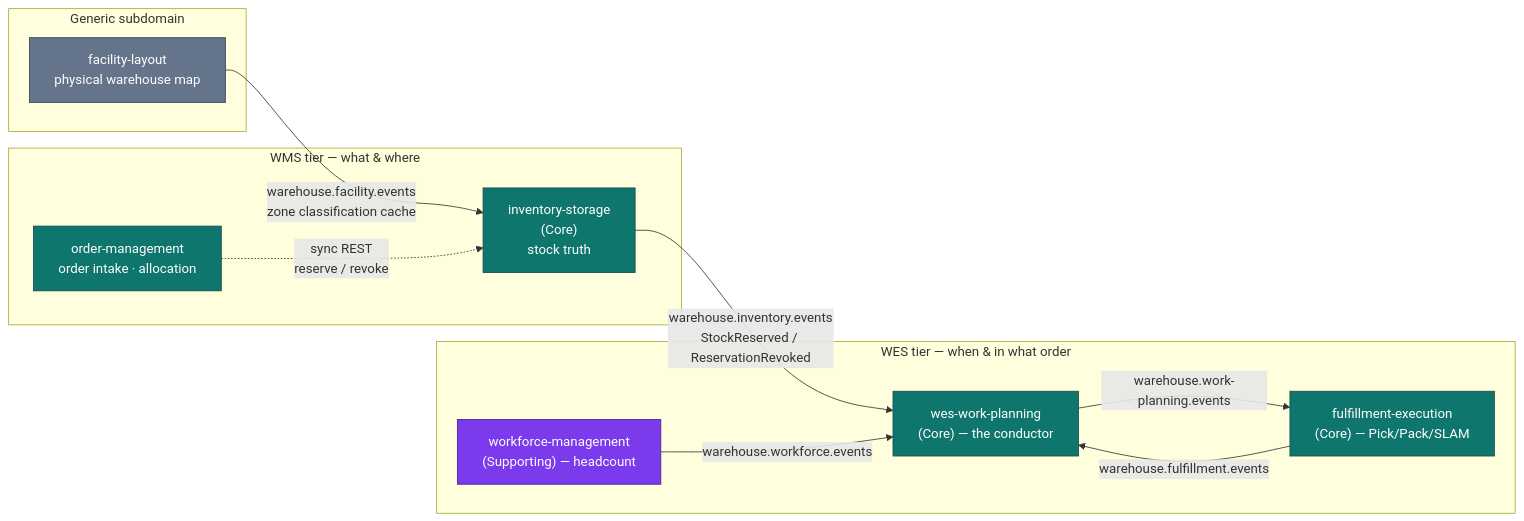
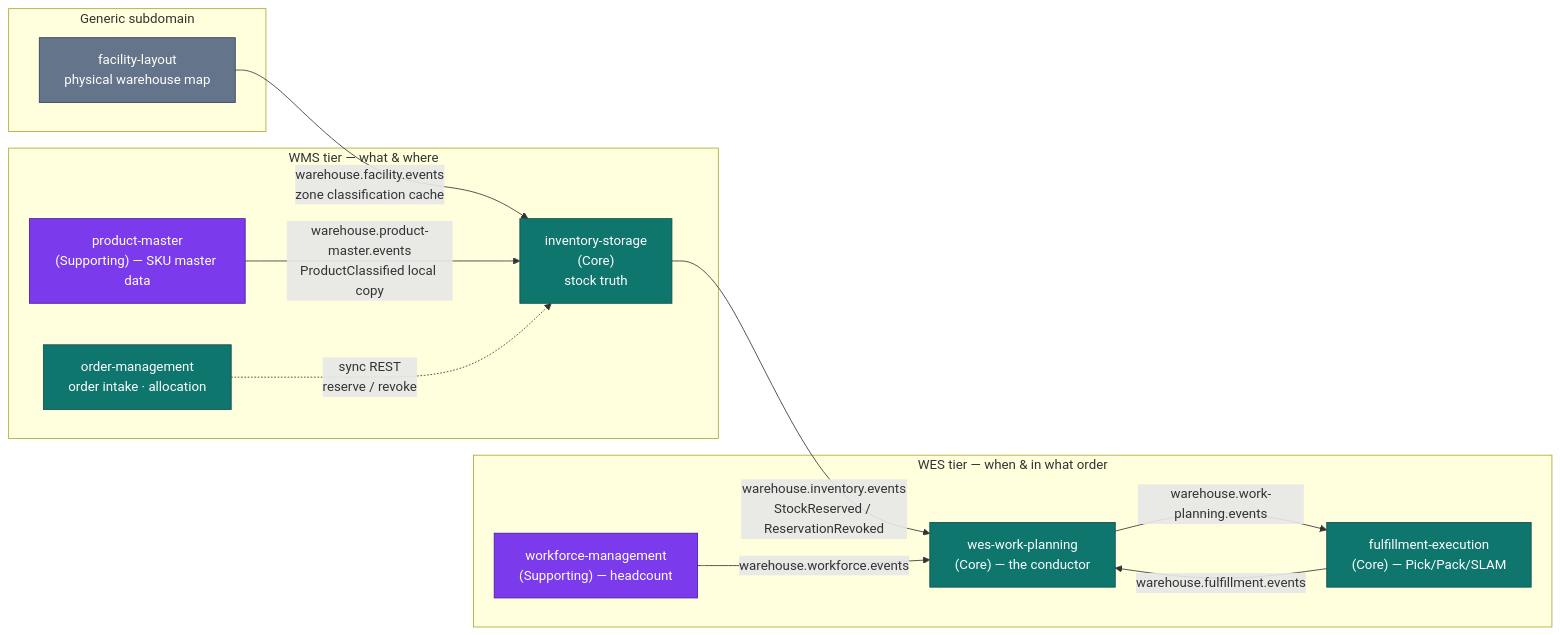
Before and after one commit to IQVO/inventory-storage: the diagram in docs/docs/overview/introduction.md, drawn with Mermaid. The commit also changed other lines of this file and 3 other files, not shown here.

Commit message:
docs: add product-master to the overview, subdomain table and EventStorming hotspots (ADR 0034)

````diff
--- a/docs/docs/overview/introduction.md
+++ b/docs/docs/overview/introduction.md
@@ -69,29 +73,31 @@
 ```mermaid
 flowchart LR
   subgraph WMS["WMS tier — what & where"]
     INV["inventory-storage<br/>(Core)<br/>stock truth"]
     OM["order-management<br/>order intake · allocation"]
+    PM["product-master<br/>(Supporting) — SKU master data"]
   end
   subgraph WES["WES tier — when & in what order"]
     WP["wes-work-planning<br/>(Core) — the conductor"]
     FE["fulfillment-execution<br/>(Core) — Pick/Pack/SLAM"]
     WM["workforce-management<br/>(Supporting) — headcount"]
   end
   subgraph GEN["Generic subdomain"]
     FL["facility-layout<br/>physical warehouse map"]
   end
 
   INV -- "warehouse.inventory.events<br/>StockReserved / ReservationRevoked" --> WP
   WP -- "warehouse.work-planning.events" --> FE
   WM -- "warehouse.workforce.events" --> WP
   FE -- "warehouse.fulfillment.events" --> WP
   FL -- "warehouse.facility.events<br/>zone classification cache" --> INV
+  PM -- "warehouse.product-master.events<br/>ProductClassified local copy" --> INV
   OM -. "sync REST<br/>reserve / revoke" .-> INV
 
   classDef core fill:#0f766e,stroke:#134e4a,color:#fff;
   classDef supp fill:#7c3aed,stroke:#4c1d95,color:#fff;
   classDef gen fill:#64748b,stroke:#334155,color:#fff;
   class INV,WP,FE,OM core;
-  class WM supp;
+  class WM,PM supp;
   class FL gen;
 ```
````
